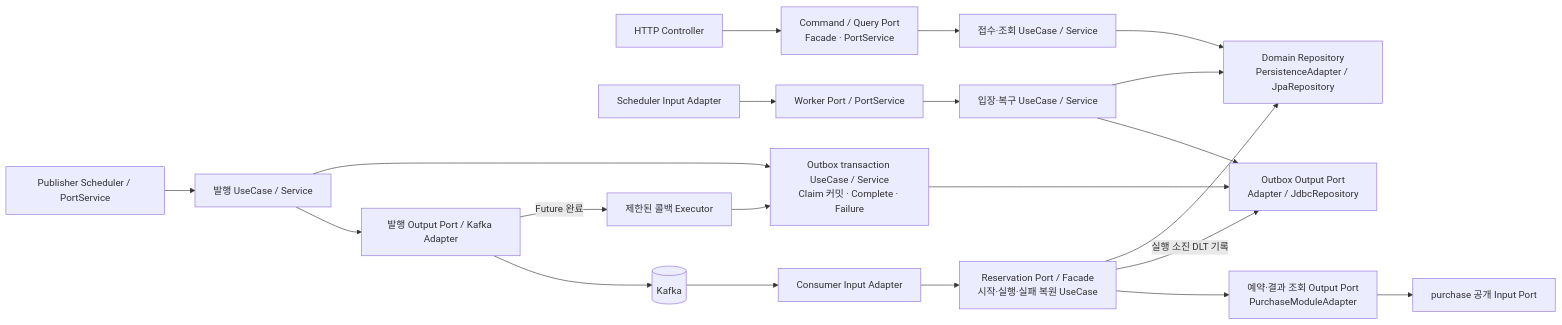
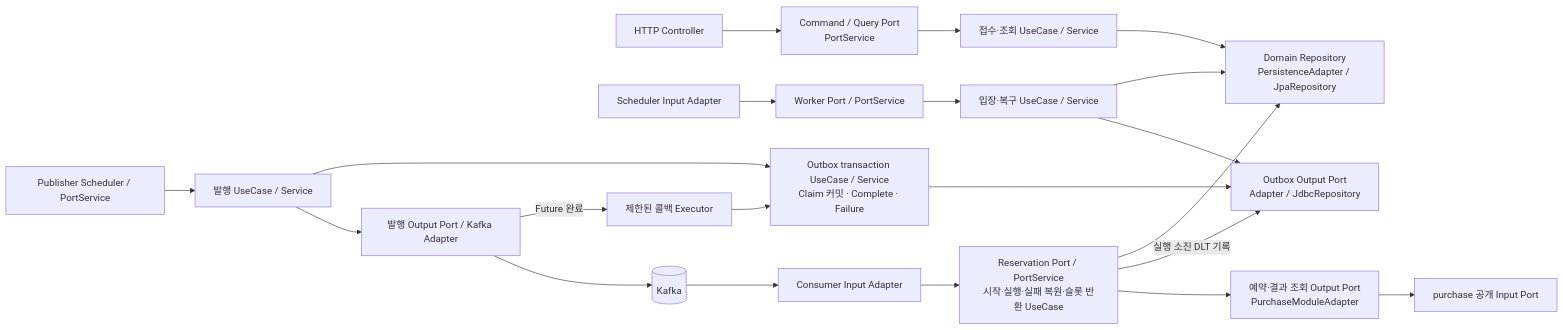
One commit to DevelopHeon/limited-ticketing changed the diagram in docs/architecture/purchase-waiting.md. Above: the diagram before and after it, drawn with Mermaid. The commit also changed other lines of this file and 20 other files, not shown here.

Commit message:
refactor: Facade를 PortService로 통합하고 내부 UseCase 경계를 검증

````diff
--- a/docs/architecture/purchase-waiting.md
+++ b/docs/architecture/purchase-waiting.md
@@ -29,23 +29,23 @@
 ```mermaid
 flowchart LR
-    http["HTTP Controller"] --> api["Command / Query Port<br/>Facade · PortService"]
+    http["HTTP Controller"] --> api["Command / Query Port<br/>PortService"]
     api --> admission["접수·조회 UseCase / Service"]
     scheduler["Scheduler Input Adapter"] --> worker["Worker Port / PortService"]
     worker --> dispatch["입장·복구 UseCase / Service"]
     dispatch --> store["Domain Repository<br/>PersistenceAdapter / JpaRepository"]
     dispatch --> outbox["Outbox Output Port<br/>Adapter / JdbcRepository"]
     admission --> store
     publisher["Publisher Scheduler / PortService"] --> publish["발행 UseCase / Service"]
     publish --> tx["Outbox transaction UseCase / Service<br/>Claim 커밋 · Complete · Failure"]
     tx --> outbox
     publish --> kafkaAdapter["발행 Output Port / Kafka Adapter"]
     kafkaAdapter -->|"Future 완료"| callback["제한된 콜백 Executor"]
     callback --> tx
     kafkaAdapter --> kafka[("Kafka")]
     kafka --> consumer["Consumer Input Adapter"]
-    consumer --> execution["Reservation Port / Facade<br/>시작·실행·실패 복원 UseCase"]
+    consumer --> execution["Reservation Port / PortService<br/>시작·실행·실패 복원·슬롯 반환 UseCase"]
     execution --> store
     execution -->|"실행 소진 DLT 기록"| outbox
     execution --> purchase["예약·결과 조회 Output Port<br/>PurchaseModuleAdapter"]
     purchase --> publicApi["purchase 공개 Input Port"]
 ```
````
